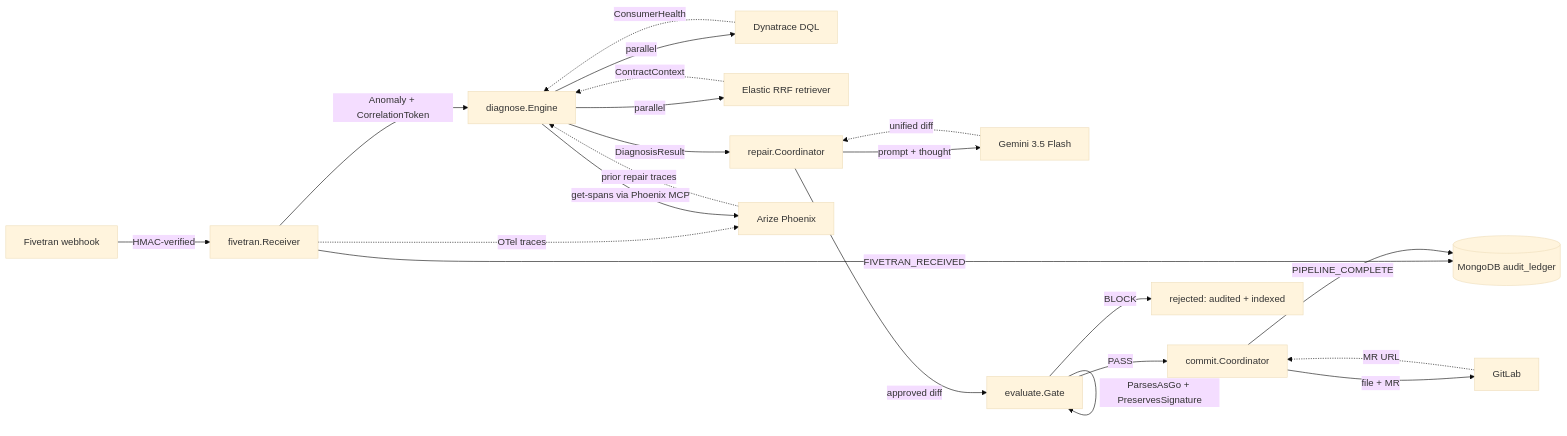
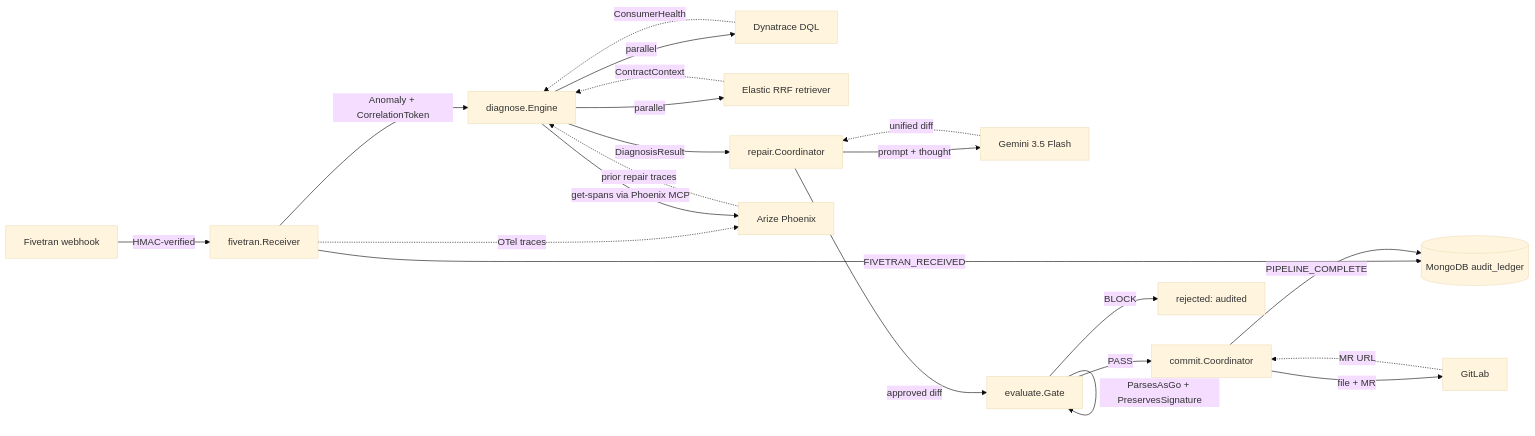
Before and after one commit to SkunkWorks0x/kineticz: the diagram in README.md, drawn with Mermaid (base theme).

Commit message:
Drop inert indexed claim from README diagram

````diff
--- a/README.md
+++ b/README.md
@@ -11,23 +11,23 @@
 ```mermaid
 flowchart LR
     F[Fivetran webhook] -->|HMAC-verified| FR[fivetran.Receiver]
     FR -->|FIVETRAN_RECEIVED| MG[(MongoDB audit_ledger)]
     FR -->|Anomaly + CorrelationToken| D[diagnose.Engine]
     D -->|parallel| DT[Dynatrace DQL]
     D -->|parallel| E[Elastic RRF retriever]
     DT -.->|ConsumerHealth| D
     E -.->|ContractContext| D
     D -->|DiagnosisResult| R[repair.Coordinator]
     R -->|prompt + thought| G[Gemini 3.5 Flash]
     G -.->|unified diff| R
     R -->|approved diff| EV[evaluate.Gate]
     EV -->|ParsesAsGo + PreservesSignature| EV
     EV -->|PASS| C[commit.Coordinator]
-    EV -->|BLOCK| FAIL[rejected: audited + indexed]
+    EV -->|BLOCK| FAIL[rejected: audited]
     C -->|file + MR| GL[GitLab]
     GL -.->|MR URL| C
     C -->|PIPELINE_COMPLETE| MG
     FR -.->|OTel traces| PH[Arize Phoenix]
     D -->|get-spans via Phoenix MCP| PH
     PH -.->|prior repair traces| D
 ```
````
